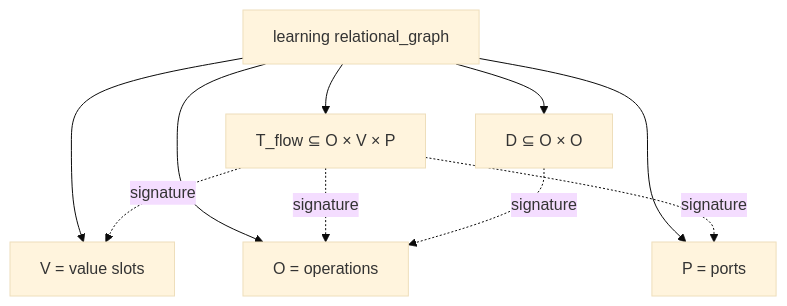
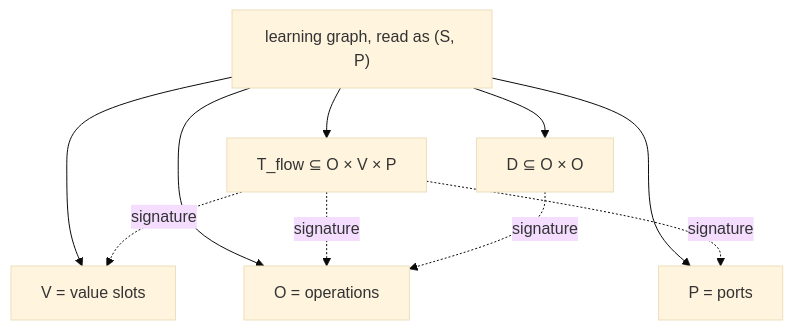
Before and after one commit to komahanb/unstructured-finite-volume: the fourth of 12 diagrams in test/learning-tower/README.md, drawn with Mermaid (base theme). The commit also changed other lines of this file and 47 other files, not shown here.

````diff
--- a/test/learning-tower/README.md
+++ b/test/learning-tower/README.md
@@ -514,22 +514,22 @@
 ```mermaid
 flowchart TB
-    GAMMA["learning relational_graph"]
+    GAMMA["learning graph, read as (S, P)"]
 
     V["V = value slots"]
     O["O = operations"]
     P["P = ports"]
 
     T["T_flow ⊆ O × V × P"]
     D["D ⊆ O × O"]
 
     GAMMA --> V
     GAMMA --> O
     GAMMA --> P
     GAMMA --> T
     GAMMA --> D
 
     T -.signature.-> O
     T -.signature.-> V
     T -.signature.-> P
     D -.signature.-> O
 ```
````
